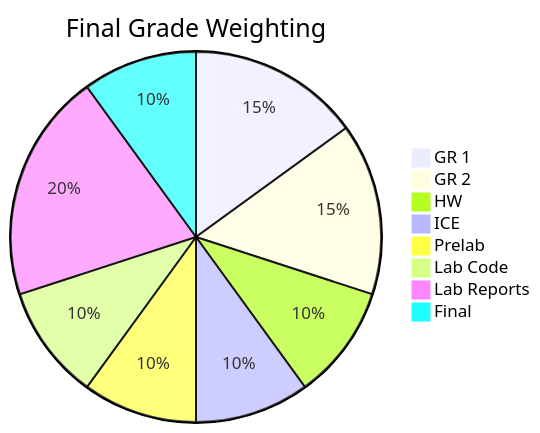
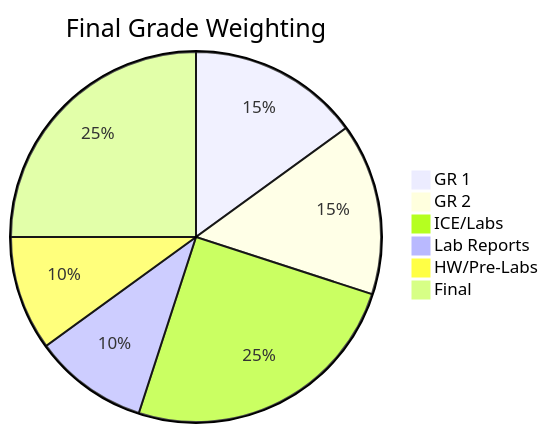
The second of 2 diagrams in book/intro.md (USAFA-ECE/ece281-book), drawn with Mermaid before and after one commit. The commit also changed other lines of this file, not shown here.

````diff
--- a/book/intro.md
+++ b/book/intro.md
@@ -140,11 +138,9 @@
-```mermaid
+```{mermaid}
 pie title Final Grade Weighting
     "GR 1" : 15
     "GR 2" : 15
-    "HW" : 10
-    "ICE" : 10
-    "Prelab" : 10
-    "Lab Code"  : 10
-    "Lab Reports" : 20
-    "Final": 10
+    "ICE/Labs" : 25
+    "Lab Reports" : 10
+    "HW/Pre-Labs" : 10
+    "Final": 25
 ```
````
